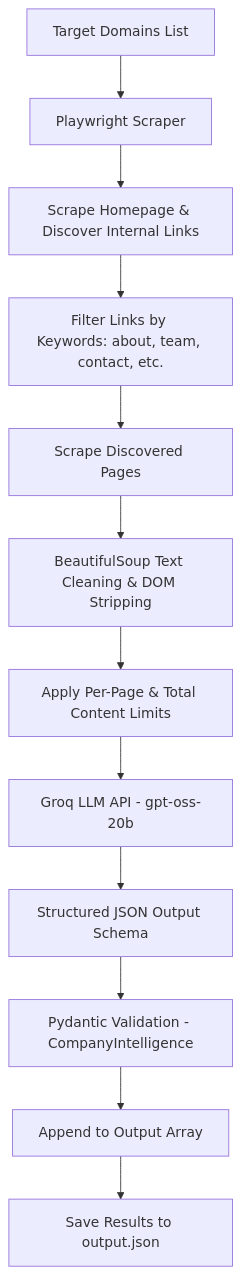
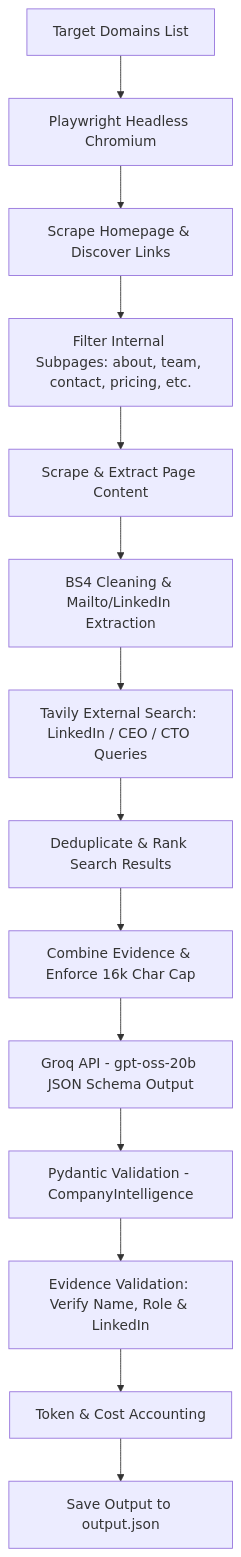
The diagram in README.md (appu239/softwarebrio-ai-agent), drawn with Mermaid before and after one commit. The commit also changed other lines of this file and 8 other files, not shown here.

````diff
--- a/README.md
+++ b/README.md
@@ -51,14 +67,16 @@
 ```mermaid
 flowchart TD
-    A[Target Domains List] --> B[Playwright Scraper]
-    B --> C[Scrape Homepage & Discover Internal Links]
-    C --> D[Filter Links by Keywords: about, team, contact, etc.]
-    D --> E[Scrape Discovered Pages]
-    E --> F[BeautifulSoup Text Cleaning & DOM Stripping]
-    F --> G[Apply Per-Page & Total Content Limits]
-    G --> H[Groq LLM API - gpt-oss-20b]
-    H --> I[Structured JSON Output Schema]
-    I --> J[Pydantic Validation - CompanyIntelligence]
-    J --> K[Append to Output Array]
-    K --> L[Save Results to output.json]
+    A[Target Domains List] --> B[Playwright Headless Chromium]
+    B --> C[Scrape Homepage & Discover Links]
+    C --> D[Filter Internal Subpages: about, team, contact, pricing, etc.]
+    D --> E[Scrape & Extract Page Content]
+    E --> F[BS4 Cleaning & Mailto/LinkedIn Extraction]
+    F --> G[Tavily External Search: LinkedIn / CEO / CTO Queries]
+    G --> H[Deduplicate & Rank Search Results]
+    H --> I[Combine Evidence & Enforce 16k Char Cap]
+    I --> J[Groq API - gpt-oss-20b JSON Schema Output]
+    J --> K[Pydantic Validation - CompanyIntelligence]
+    K --> L[Evidence Validation: Verify Name, Role & LinkedIn]
+    L --> M[Token & Cost Accounting]
+    M --> N[Save Output to output.json]
 ```
````
